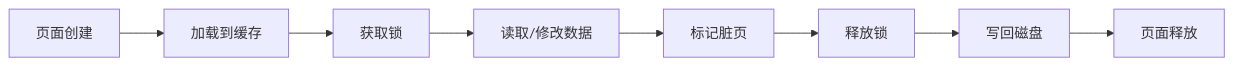
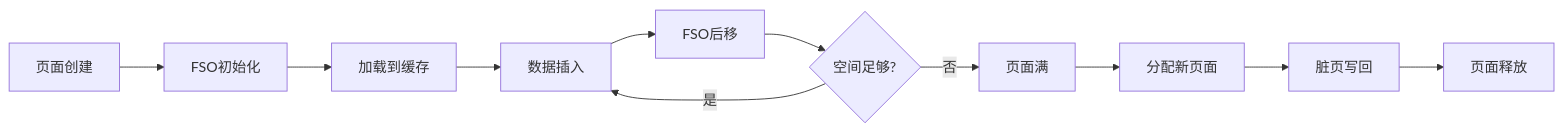
One commit to Hanekawa-00/MYDB-learn changed the first of 5 diagrams in 阶段2-数据管理模块详解.md. Above: the diagram before and after it, drawn with Mermaid. The commit also changed other lines of this file, not shown here.

````diff
--- a/阶段2-数据管理模块详解.md
+++ b/阶段2-数据管理模块详解.md
@@ -95,10 +204,13 @@
 ```mermaid
 graph LR
-    A[页面创建] --> B[加载到缓存]
-    B --> C[获取锁]
-    C --> D[读取/修改数据]
-    D --> E[标记脏页]
-    E --> F[释放锁]
-    F --> G[写回磁盘]
-    G --> H[页面释放]
+    A[页面创建] --> B[FSO初始化]
+    B --> C[加载到缓存]
+    C --> D[数据插入]
+    D --> E[FSO后移]
+    E --> F{空间足够?}
+    F -->|是| D
+    F -->|否| G[页面满]
+    G --> H[分配新页面]
+    H --> I[脏页写回]
+    I --> J[页面释放]
 ```
````
